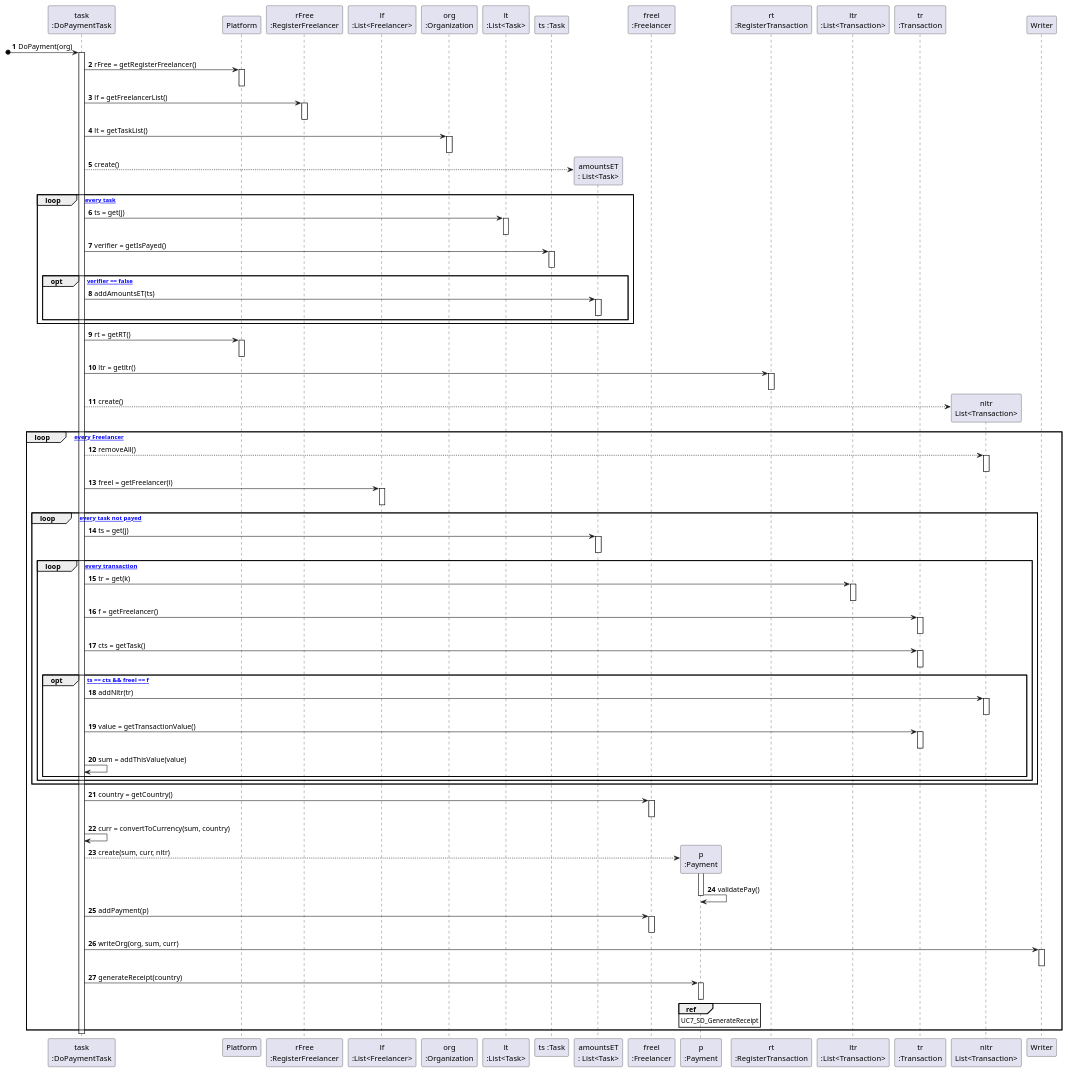
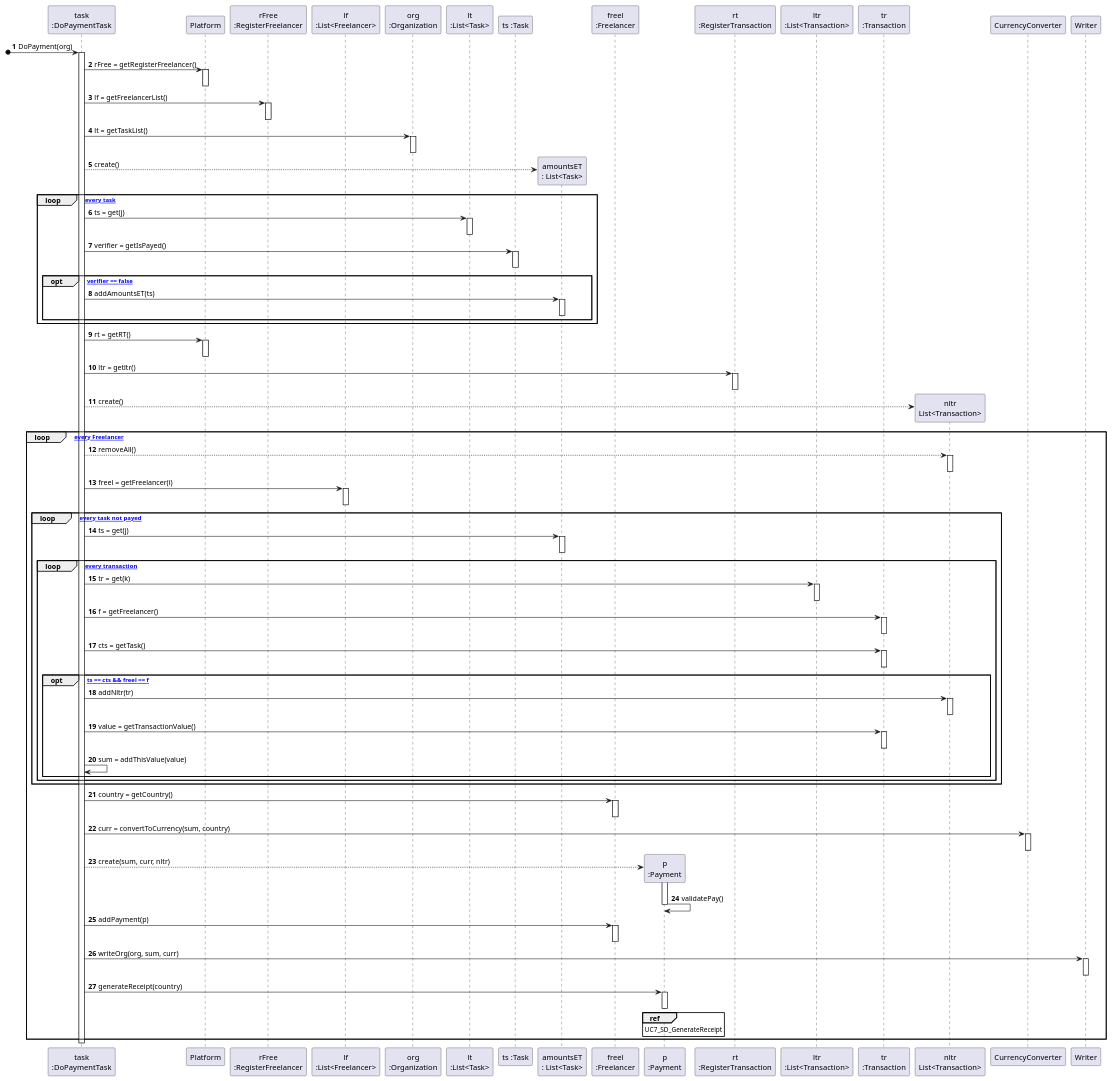
Before and after one commit to 1190452/LAPR2: the diagram in docs/UC7 - Do Payment Automatically/UC7_SD_DoPayment.puml, drawn with PlantUML. The commit also changed 5 other files, not shown here.

```diff
--- a/docs/UC7 - Do Payment Automatically/UC7_SD_DoPayment.puml
+++ b/docs/UC7 - Do Payment Automatically/UC7_SD_DoPayment.puml
@@ -1,157 +1,160 @@
 @startuml
 autonumber
 
 participant "task\n:DoPaymentTask" as TASK
 participant "Platform" as P
 participant "rFree\n:RegisterFreelancer" as RF
 participant "lf\n:List<Freelancer>" as LF
 participant "org\n:Organization" as O
 participant "lt\n:List<Task>" as LT
 
 participant "ts :Task" as T
 participant "amountsET\n: List<Task>" as LTS
 participant "freel\n:Freelancer" as F
 participant "p\n:Payment" as PA
 participant "rt\n:RegisterTransaction" as RT
 participant "ltr\n:List<Transaction>" as LTR
 participant "tr\n:Transaction" as TR
 participant "nltr\nList<Transaction>" as NLTR
+participant "CurrencyConverter" as CC
 participant "Writer" as W
 
 [o-> TASK : DoPayment(org)
 activate TASK
 
 
 TASK -> P : rFree = getRegisterFreelancer()
 activate P
 deactivate P
 TASK -> RF : lf = getFreelancerList()
 activate RF
 deactivate RF
 
 TASK -> O : lt = getTaskList()
 activate O
 deactivate O
 
 TASK --> LTS** : create()
 
 
 
 
 
 
 loop [for every task]
 
 TASK -> LT : ts = get(j)
 activate LT
 deactivate LT
 
 
 
 TASK -> T : verifier = getIsPayed()
 activate T
 deactivate T
 
 opt [if verifier == false]
 
 
 
 TASK -> LTS : addAmountsET(ts)
 activate LTS
 deactivate LTS
 
 end opt
 end loop
 
 
 TASK -> P : rt = getRT()
 activate P
 deactivate P
 
 TASK -> RT : ltr = getltr()
 activate RT
 deactivate RT
 
 TASK --> NLTR** : create()
 
 
 loop [for every Freelancer]
 
 TASK --> NLTR : removeAll()
 activate NLTR
 deactivate NLTR
 
 TASK -> LF : freel = getFreelancer(i)
 activate LF
 deactivate LF
 
 loop [for every task not payed]
 TASK -> LTS : ts = get(j)
 activate LTS
 deactivate LTS
 loop [for every transaction]
 
 TASK -> LTR : tr = get(k)
 activate LTR
 deactivate LTR
 
 TASK -> TR : f = getFreelancer()
 activate TR
 deactivate TR
 
 TASK -> TR : cts = getTask()
 activate TR
 deactivate TR
 
 
 opt [if ts == cts && freel == f]
 TASK -> NLTR : addNltr(tr)
 activate NLTR
 deactivate NLTR
 
 
 TASK -> TR : value = getTransactionValue()
 activate TR
 deactivate TR
 
 TASK -> TASK : sum = addThisValue(value)
 
 
 end opt
 end loop
 end loop
 
 TASK -> F : country = getCountry()
 activate F
 deactivate F
 
-TASK -> TASK : curr = convertToCurrency(sum, country)
+TASK -> CC : curr = convertToCurrency(sum, country)
+activate CC
+deactivate CC
 
 
 
 TASK --> PA** : create(sum, curr, nltr)
 
 activate PA
 PA -> PA : validatePay()
 deactivate PA
 
 TASK -> F : addPayment(p)
 activate F
 deactivate F
 
 TASK -> W : writeOrg(org, sum, curr)
 activate W
 deactivate W
 
 TASK -> PA : generateReceipt(country)
 activate PA
 deactivate PA
 
 
 
 
 ref over PA : UC7_SD_GenerateReceipt
 
 end loop
 deactivate TASK
 @enduml
```
